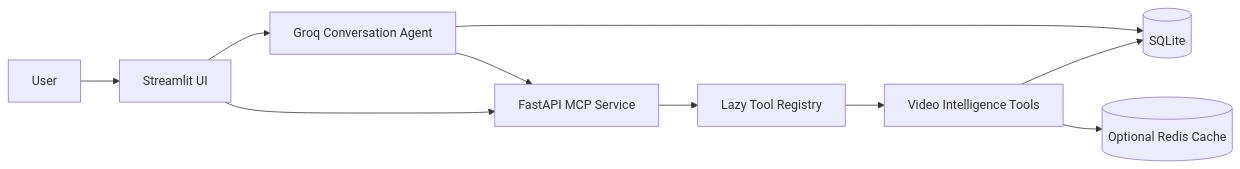
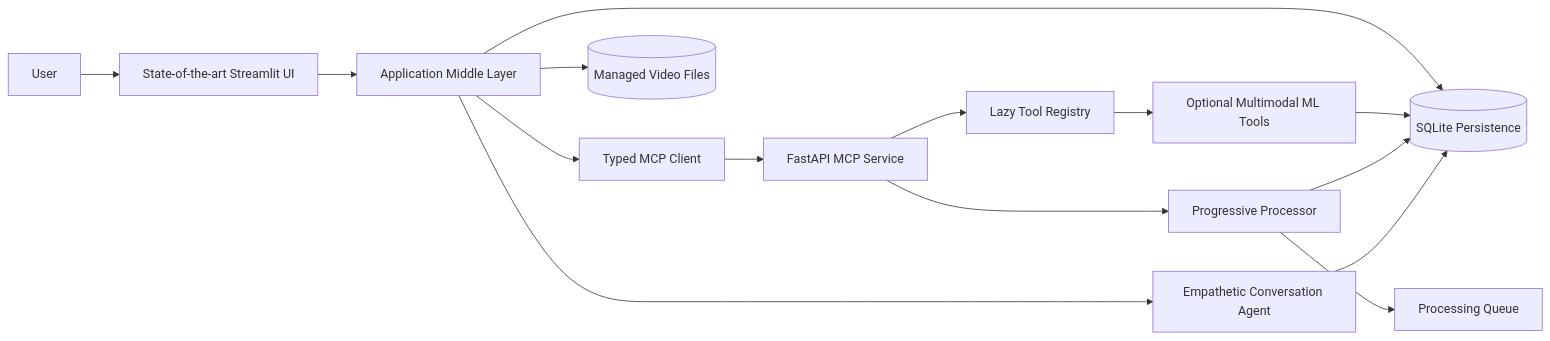
Before and after one commit to Alexi5000/Bri: the diagram in README.md, drawn with Mermaid. The commit also changed other lines of this file and 19 other files, not shown here.

````diff
--- a/README.md
+++ b/README.md
@@ -35,12 +36,17 @@
 ```mermaid
 flowchart LR
-    User[User] --> UI[Streamlit UI]
-    UI --> API[FastAPI MCP Service]
+    User[User] --> UI[State-of-the-art Streamlit UI]
+    UI --> Middle[Application Middle Layer]
+    Middle --> MCPClient[Typed MCP Client]
+    Middle --> DB[(SQLite Persistence)]
+    Middle --> Store[(Managed Video Files)]
+    MCPClient --> API[FastAPI MCP Service]
     API --> Registry[Lazy Tool Registry]
-    Registry --> Tools[Video Intelligence Tools]
-    Tools --> DB[(SQLite)]
-    Tools --> Cache[(Optional Redis Cache)]
-    UI --> Agent[Groq Conversation Agent]
+    Registry --> Tools[Optional Multimodal ML Tools]
+    Tools --> DB
+    API --> Processor[Progressive Processor]
+    Processor --> Queue[Processing Queue]
+    Processor --> DB
+    Middle --> Agent[Empathetic Conversation Agent]
     Agent --> DB
-    Agent --> API
 ```
````
